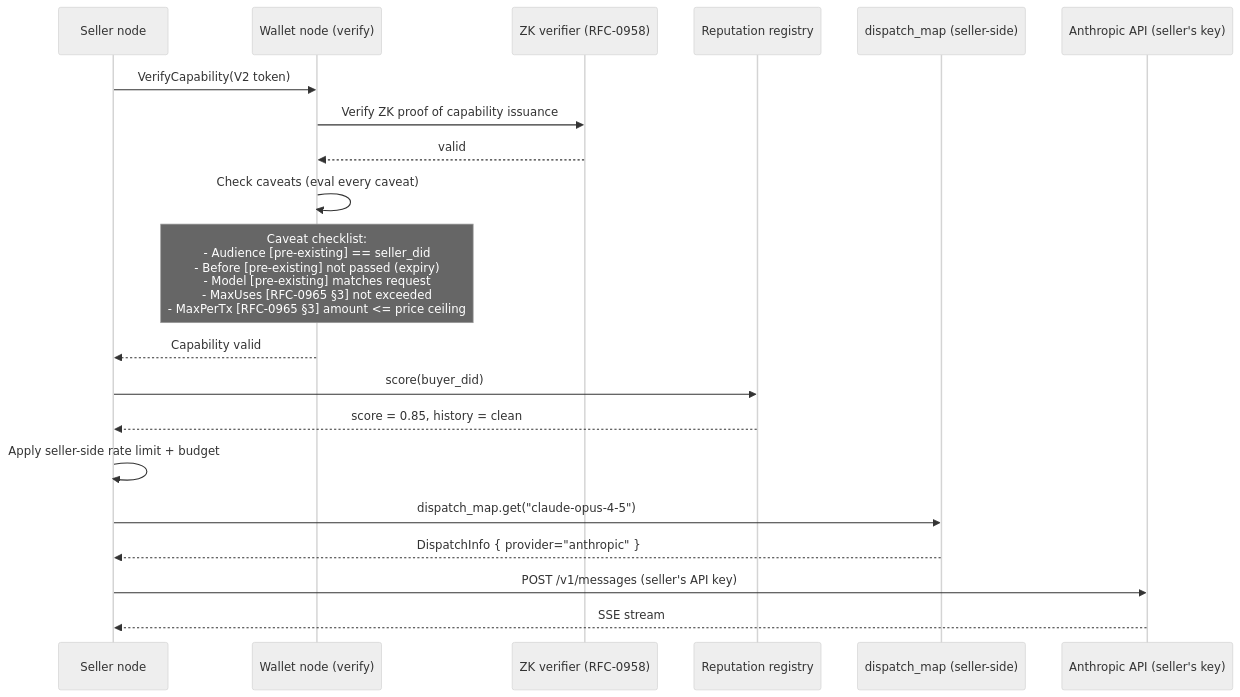
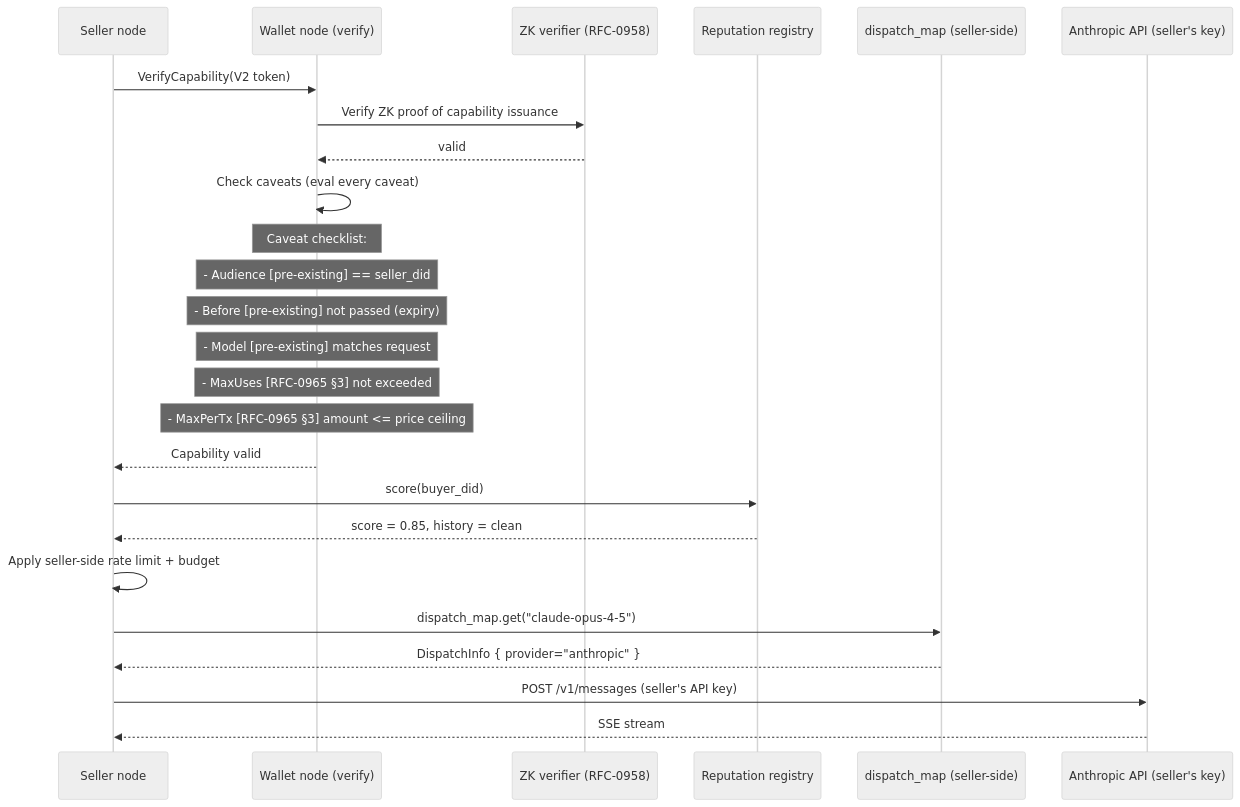
Before and after one commit to CipherOcto/cipherocto: the ninth of 14 diagrams in docs/architecture/end-to-end-scenarios.md, drawn with Mermaid (neutral theme). The commit also changed other lines of this file, not shown here.

````diff
--- a/docs/architecture/end-to-end-scenarios.md
+++ b/docs/architecture/end-to-end-scenarios.md
@@ -521,23 +521,28 @@
 ```mermaid
 sequenceDiagram
     participant SN as Seller node
     participant W as Wallet node (verify)
     participant ZK as ZK verifier (RFC-0958)
     participant RR as Reputation registry
     participant DM as dispatch_map (seller-side)
     participant ANT as Anthropic API (seller's key)
 
     SN->>W: VerifyCapability(V2 token)
     W->>ZK: Verify ZK proof of capability issuance
     ZK-->>W: valid
     W->>W: Check caveats (eval every caveat)
-    Note over W: Caveat checklist:<br/>  - Audience [pre-existing] == seller_did<br/>  - Before [pre-existing] not passed (expiry)<br/>  - Model [pre-existing] matches request<br/>  - MaxUses [RFC-0965 §3] not exceeded<br/>  - MaxPerTx [RFC-0965 §3] amount <= price ceiling
+    Note over W: Caveat checklist:
+    Note over W:   - Audience [pre-existing] == seller_did
+    Note over W:   - Before [pre-existing] not passed (expiry)
+    Note over W:   - Model [pre-existing] matches request
+    Note over W:   - MaxUses [RFC-0965 §3] not exceeded
+    Note over W:   - MaxPerTx [RFC-0965 §3] amount <= price ceiling
     W-->>SN: Capability valid
     SN->>RR: score(buyer_did)
     RR-->>SN: score = 0.85, history = clean
     SN->>SN: Apply seller-side rate limit + budget
     SN->>DM: dispatch_map.get("claude-opus-4-5")
     DM-->>SN: DispatchInfo { provider="anthropic" }
     SN->>ANT: POST /v1/messages (seller's API key)
     ANT-->>SN: SSE stream
 ```
````
